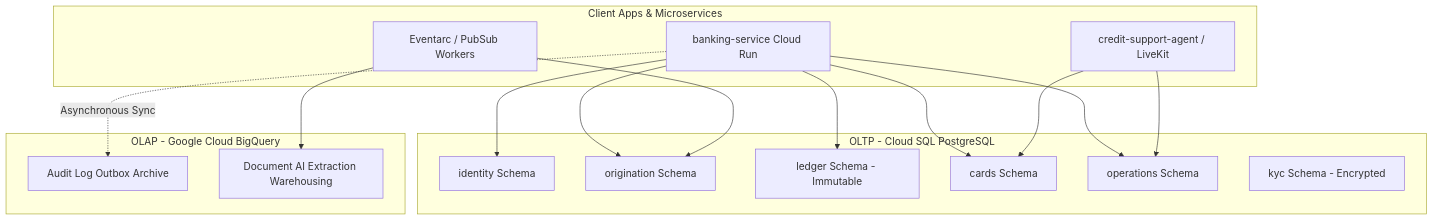
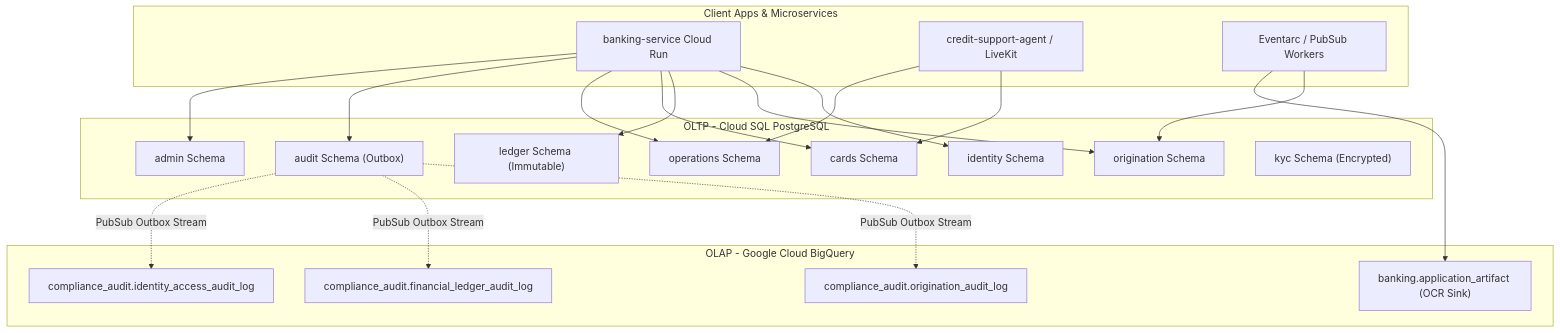
One commit to GoogleCloudPlatform/fsi-gecx-bundle changed the diagram in docs/architecture/data_layer_architecture.md. Above: the diagram before and after it, drawn with Mermaid. The commit also changed other lines of this file and 3 other files, not shown here.

Commit message:
docs(architecture): specify Direct Pub/Sub Event Streaming ingestion in BigQuery OLAP documentation and patch legacy Alembic migrations for containerized CI validation

````diff
--- a/docs/architecture/data_layer_architecture.md
+++ b/docs/architecture/data_layer_architecture.md
@@ -11,27 +11,31 @@
 ```mermaid
 graph TD
     subgraph Client Apps & Microservices
-        API[banking-service Cloud Run]
-        Voice[credit-support-agent / LiveKit]
-        Worker[Eventarc / PubSub Workers]
+        API["banking-service Cloud Run"]
+        Voice["credit-support-agent / LiveKit"]
+        Worker["Eventarc / PubSub Workers"]
     end
 
-    subgraph OLTP - Cloud SQL PostgreSQL
-        ID[identity Schema]
-        ORIG[origination Schema]
-        LEDG[ledger Schema - Immutable]
-        CARD[cards Schema]
-        OPS[operations Schema]
-        KYC[kyc Schema - Encrypted]
+    subgraph OLTP ["OLTP - Cloud SQL PostgreSQL"]
+        ID["identity Schema"]
+        ORIG["origination Schema"]
+        LEDG["ledger Schema (Immutable)"]
+        CARD["cards Schema"]
+        OPS["operations Schema"]
+        AUD["audit Schema (Outbox)"]
+        ADM["admin Schema"]
+        KYC["kyc Schema (Encrypted)"]
     end
 
-    subgraph OLAP - Google Cloud BigQuery
-        BQ_AUDIT[Audit Log Outbox Archive]
-        BQ_DOCS[Document AI Extraction Warehousing]
+    subgraph OLAP ["OLAP - Google Cloud BigQuery"]
+        BQ_ORIG["compliance_audit.origination_audit_log"]
+        BQ_FIN["compliance_audit.financial_ledger_audit_log"]
+        BQ_ID["compliance_audit.identity_access_audit_log"]
+        BQ_DOCS["banking.application_artifact (OCR Sink)"]
     end
 
-    API --> ID & ORIG & LEDG & CARD & OPS
+    API --> ID & ORIG & LEDG & CARD & OPS & AUD & ADM
     Voice --> CARD & OPS
     Worker --> ORIG & BQ_DOCS
-    API -. Asynchronous Sync .-> BQ_AUDIT
+    AUD -. "PubSub Outbox Stream" .-> BQ_ORIG & BQ_FIN & BQ_ID
 ```
````
